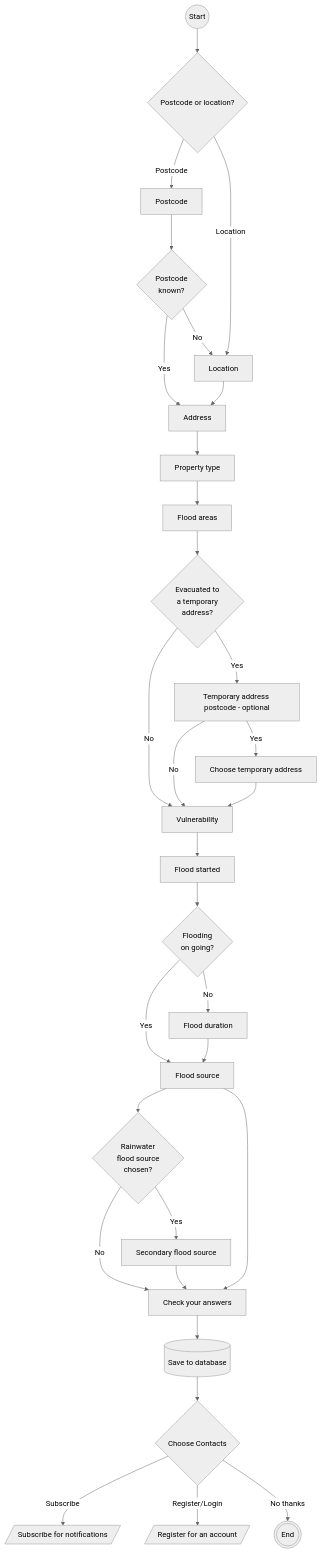
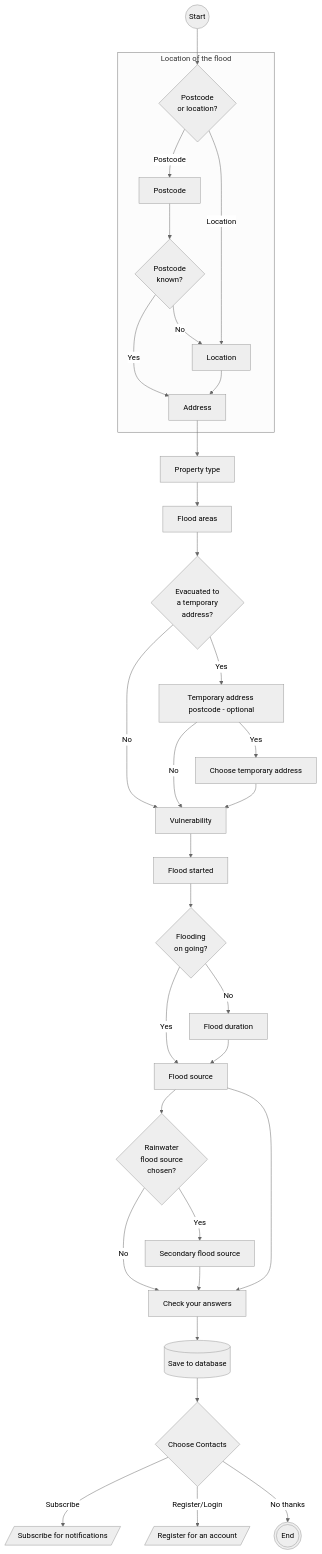
One commit to Dorset-Council-UK/FloodOnlineReportingTool.Public changed the diagram in docs/flows/create_flood_report.md. Above: the diagram before and after it, drawn with Mermaid (neutral theme).

Commit message:
Updated mermaid diagram to make clearer

````diff
--- a/docs/flows/create_flood_report.md
+++ b/docs/flows/create_flood_report.md
@@ -3,33 +3,36 @@
 ```mermaid
 flowchart TB
-    Index((Start)) --> PostcodeOrLocation{Postcode or location?}
+    Index((Start)) --> PostcodeOrLocation{Postcode <br>or location?}
+    subgraph FloodLocation[Location of the flood]
     PostcodeOrLocation -- Postcode --> Postcode
     Postcode --> PostcodeKnown{Postcode<br>known?}
     PostcodeKnown -- Yes --> Address
     PostcodeKnown -- No --> Location
     PostcodeOrLocation -- Location --> Location
     Location --> Address
+    end
     Address --> PropertyType[Property type]
     PropertyType --> FloodAreas[Flood areas]
     FloodAreas --> TemporaryAddress{Evacuated to <br>a temporary <br>address?}
     TemporaryAddress -- Yes --> TempAddress[Temporary address postcode - optional]
     TemporaryAddress -- No --> Vulnerability
     TempAddress -- Yes --> ChooseTempAddress[Choose temporary address]
     TempAddress -- No --> Vulnerability
     ChooseTempAddress --> Vulnerability
     Vulnerability --> FloodStarted[Flood started]
     FloodStarted --> OngoingFlooding{Flooding<br>on going?}
     OngoingFlooding -- Yes --> FloodSource[Flood source]
     OngoingFlooding -- No --> FloodDuration[Flood duration]
     FloodDuration --> FloodSource
     FloodSource --> SecondaryFloodSourceRainwater{Rainwater<br>flood source<br>chosen?}
     SecondaryFloodSourceRainwater -- Yes --> SecondaryFloodSourceType[Secondary flood source]
     SecondaryFloodSourceRainwater -- No --> Summary[Check your answers]
     SecondaryFloodSourceType --> Summary
     FloodSource --> Summary[Check your answers]
     Summary --> Save[(Save to database)]
     Save --> Notifications{Choose Contacts}
     Notifications -- Subscribe --> SubscribeFlow[/Subscribe for notifications/]
     Notifications -- Register/Login --> RegistrationFlow[/Register for an account/]
     Notifications -- No thanks --> Confirmation((( End )))
+
 ```
````
